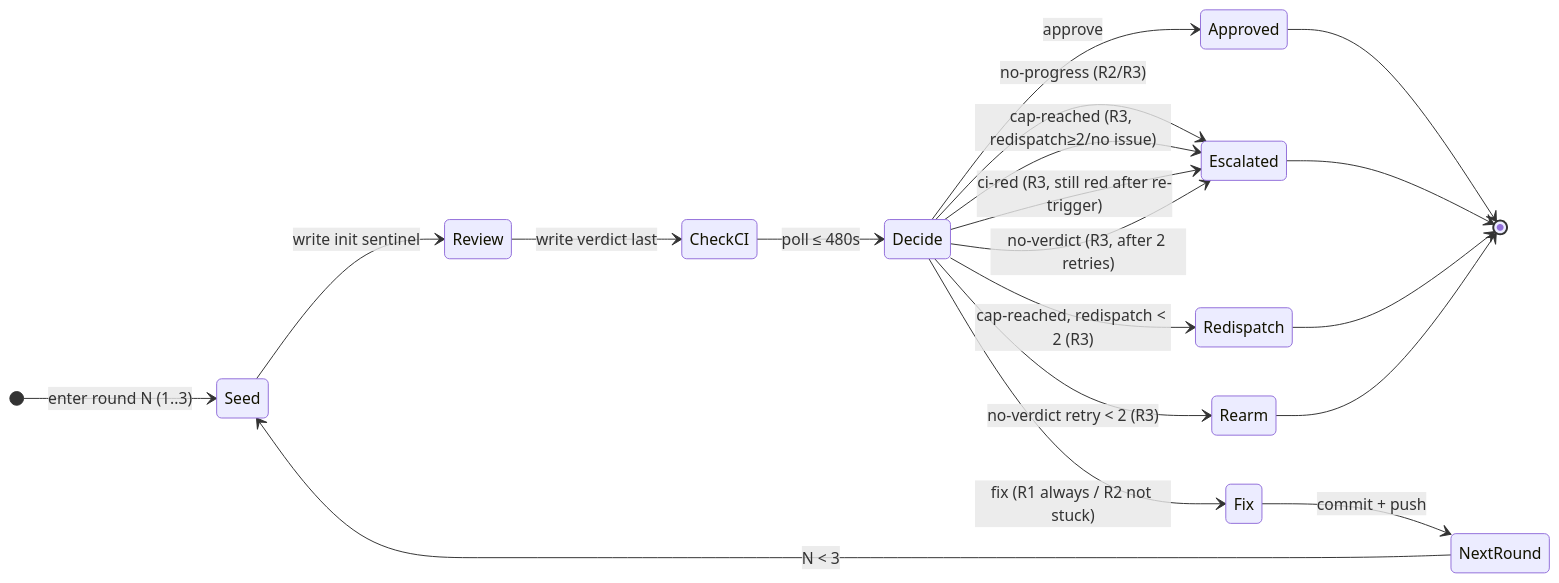
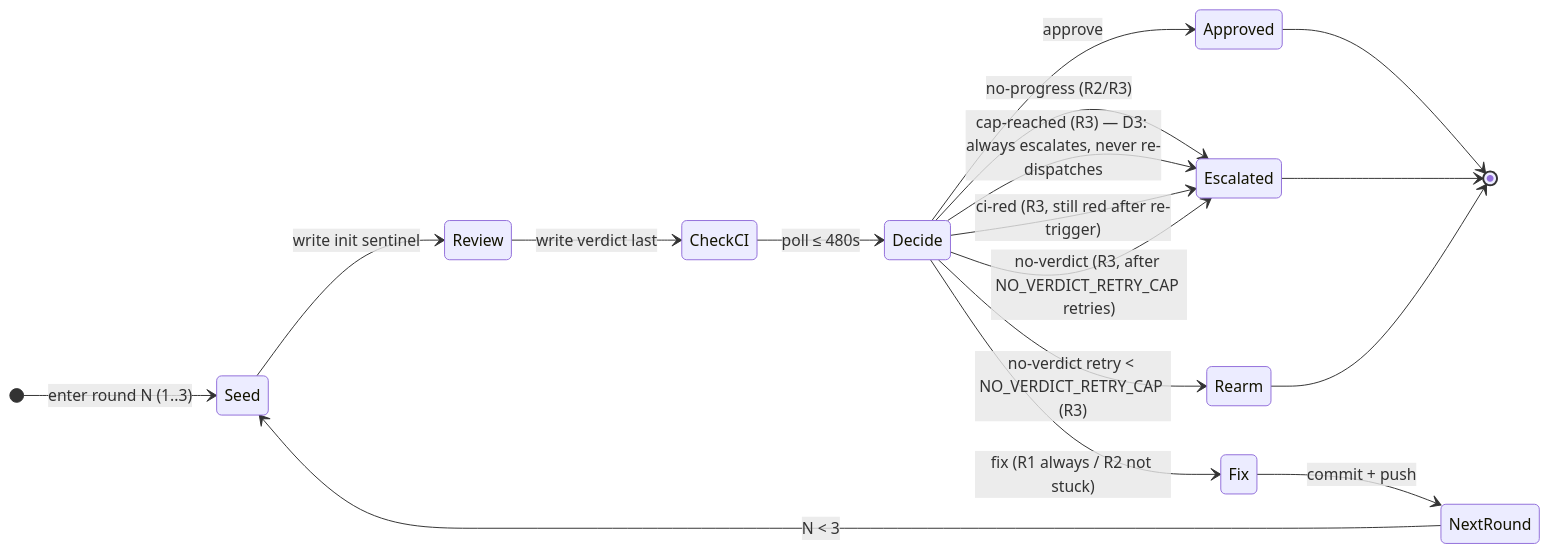
The second of 2 diagrams in SPEC.md (tuckermclean/orchestrator), drawn with Mermaid before and after one commit. The commit also changed other lines of this file and 11 other files, not shown here.

````diff
--- a/SPEC.md
+++ b/SPEC.md
@@ -820,22 +1173,20 @@
 ```mermaid
 stateDiagram-v2
     direction LR
     [*] --> Seed : enter round N (1..3)
     Seed --> Review : write init sentinel
     Review --> CheckCI : write verdict last
     CheckCI --> Decide : poll ≤ 480s
     Decide --> Approved : approve
     Decide --> Fix : fix (R1 always / R2 not stuck)
     Fix --> NextRound : commit + push
     NextRound --> Seed : N < 3
     Decide --> Escalated : no-progress (R2/R3)
-    Decide --> Escalated : cap-reached (R3, redispatch≥2/no issue)
+    Decide --> Escalated : cap-reached (R3) — D3: always escalates, never re-dispatches
     Decide --> Escalated : ci-red (R3, still red after re-trigger)
-    Decide --> Escalated : no-verdict (R3, after 2 retries)
-    Decide --> Redispatch : cap-reached, redispatch < 2 (R3)
-    Decide --> Rearm : no-verdict retry < 2 (R3)
+    Decide --> Escalated : no-verdict (R3, after NO_VERDICT_RETRY_CAP retries)
+    Decide --> Rearm : no-verdict retry < NO_VERDICT_RETRY_CAP (R3)
     Approved --> [*]
     Escalated --> [*]
-    Redispatch --> [*]
     Rearm --> [*]
 ```
````
